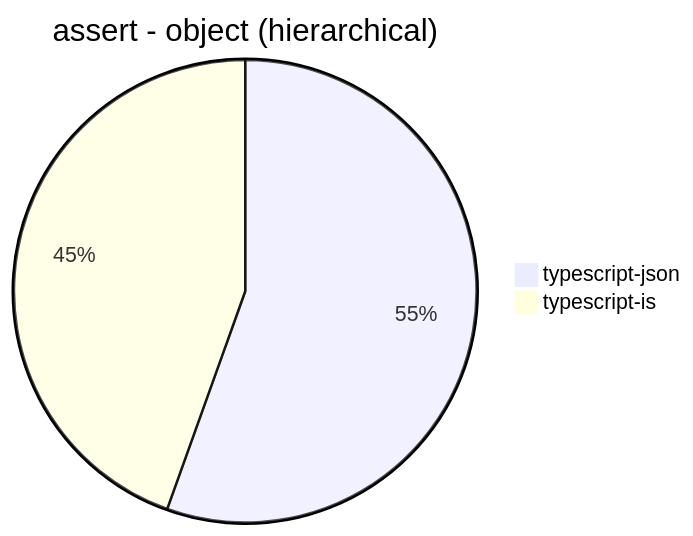
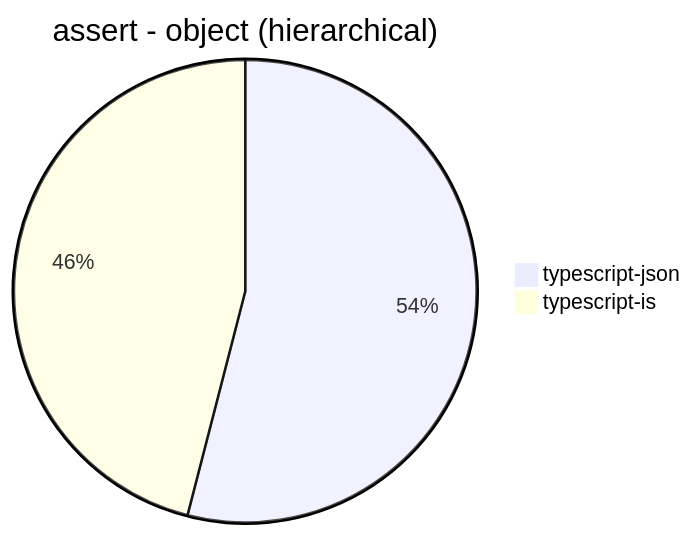
The first of 30 diagrams in benchmark/results/AMD Ryzen 7 5800H with Radeon Graphics         .md (samchon/typia), drawn with Mermaid before and after one commit. The commit also changed other lines of this file, not shown here.

````diff
--- a/benchmark/results/AMD Ryzen 7 5800H with Radeon Graphics         .md
+++ b/benchmark/results/AMD Ryzen 7 5800H with Radeon Graphics         .md
@@ -17,5 +17,5 @@
 ```mermaid
 pie title assert - object (hierarchical)
-  "typescript-json": 30021.739130434784
-  "typescript-is": 24094.295058139538
+  "typescript-json": 26025.351591413768
+  "typescript-is": 22155.346953800847
 ```
````
